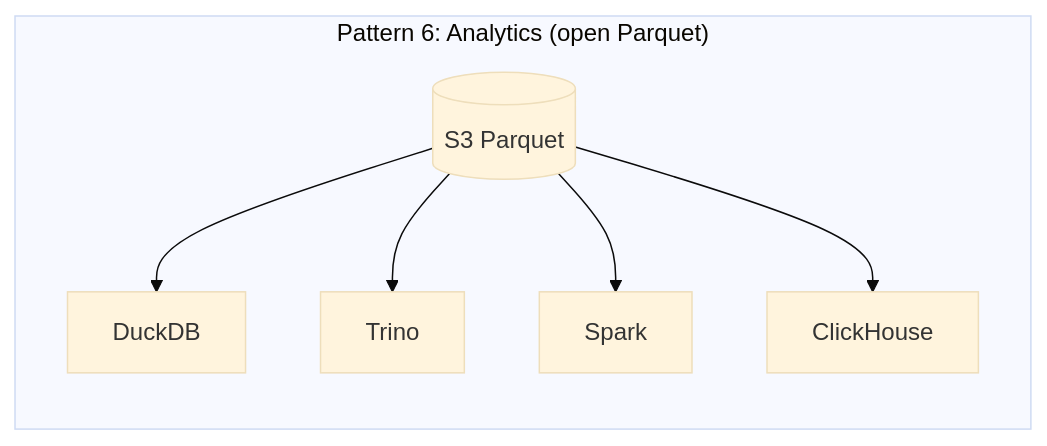
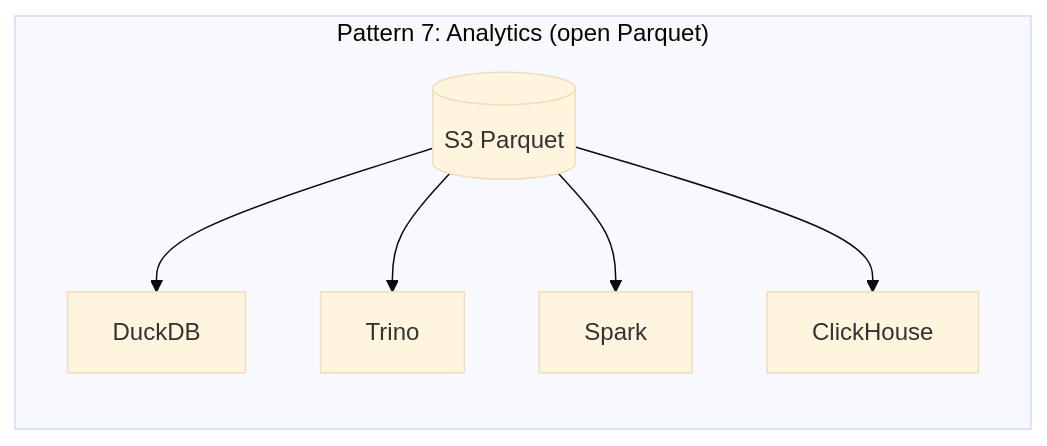
One commit to ReliablyObserve/victoria-lakehouse changed the tenth of 10 diagrams in README.md. Above: the diagram before and after it, drawn with Mermaid (base theme). The commit also changed other lines of this file and 7 other files, not shown here.

````diff
--- a/README.md
+++ b/README.md
@@ -275,9 +287,9 @@
 ```mermaid
 graph LR
-    subgraph "Pattern 6: Analytics (open Parquet)"
+    subgraph "Pattern 7: Analytics (open Parquet)"
         S5[("S3 Parquet")] --> DDB["DuckDB"]
         S5 --> TRI["Trino"]
         S5 --> SPK["Spark"]
         S5 --> CH["ClickHouse"]
     end
 ```
````
